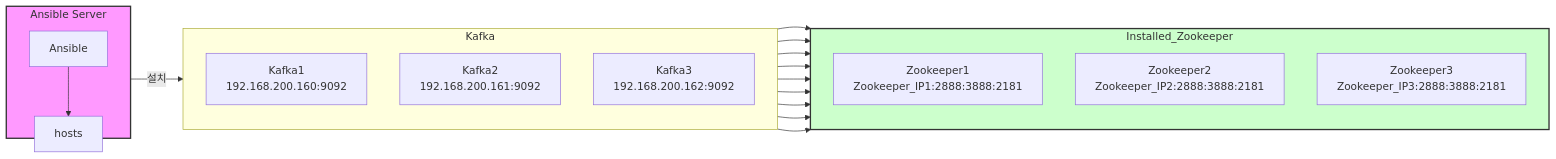
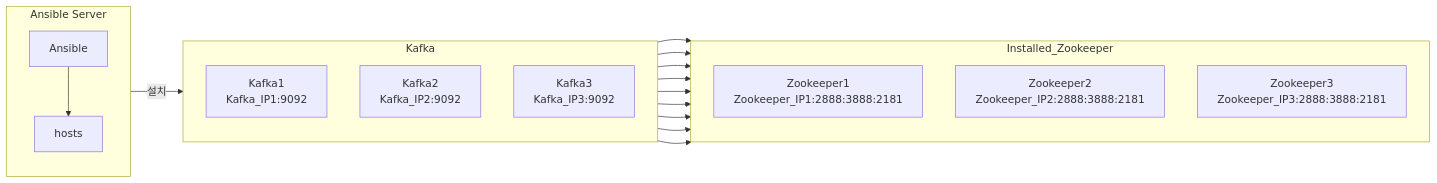
One commit to QubitSecurity/howto changed the diagram in rocky9/app/kafka/readme.md. Above: the diagram before and after it, drawn with Mermaid.

````diff
--- a/rocky9/app/kafka/readme.md
+++ b/rocky9/app/kafka/readme.md
@@ -20,47 +20,47 @@
 ```mermaid
 graph LR;
 
     %% Define layout direction and spacing
-    style Ansible_Server fill:#f9f,stroke:#333,stroke-width:2px,height:200px;
-    style Zookeeper fill:#cfc,stroke:#333,stroke-width:2px;
+    %% style Ansible_Server fill:#f9f,stroke:#333,stroke-width:2px,height:200px;
+    %% style Zookeeper fill:#cfc,stroke:#333,stroke-width:2px;
 
 
     %% Ansible Server Section
     subgraph Ansible_Server[Ansible Server]
         direction TB
         Ansible1[Ansible]
         hosts[hosts]
         
         Ansible1 --> hosts
     end
 
     %% Zookeeper Section
     subgraph Zookeeper[Installed_Zookeeper]
         direction TB
         Zookeeper1[Zookeeper1<br>Zookeeper_IP1:2888:3888:2181]
         Zookeeper2[Zookeeper2<br>Zookeeper_IP2:2888:3888:2181]
         Zookeeper3[Zookeeper3<br>Zookeeper_IP3:2888:3888:2181]
         
     end
 
     %% Combined Kafka and Solr Section
         %% Kafka Subgraph
     subgraph Kafka[Kafka]
         direction TB
-        Kafka1[Kafka1<br>192.168.200.160:9092]
-        Kafka2[Kafka2<br>192.168.200.161:9092]
-        Kafka3[Kafka3<br>192.168.200.162:9092]
+        Kafka1[Kafka1<br>Kafka_IP1:9092]
+        Kafka2[Kafka2<br>Kafka_IP2:9092]
+        Kafka3[Kafka3<br>Kafka_IP3:9092]
     end
 
     hosts -->|설치| Kafka
 
     Kafka1 --> Zookeeper1
     Kafka1 --> Zookeeper2
     Kafka1 --> Zookeeper3
     Kafka2 --> Zookeeper1
     Kafka2 --> Zookeeper2
     Kafka2 --> Zookeeper3
     Kafka3 --> Zookeeper1
     Kafka3 --> Zookeeper2
     Kafka3 --> Zookeeper3
 ```
````
